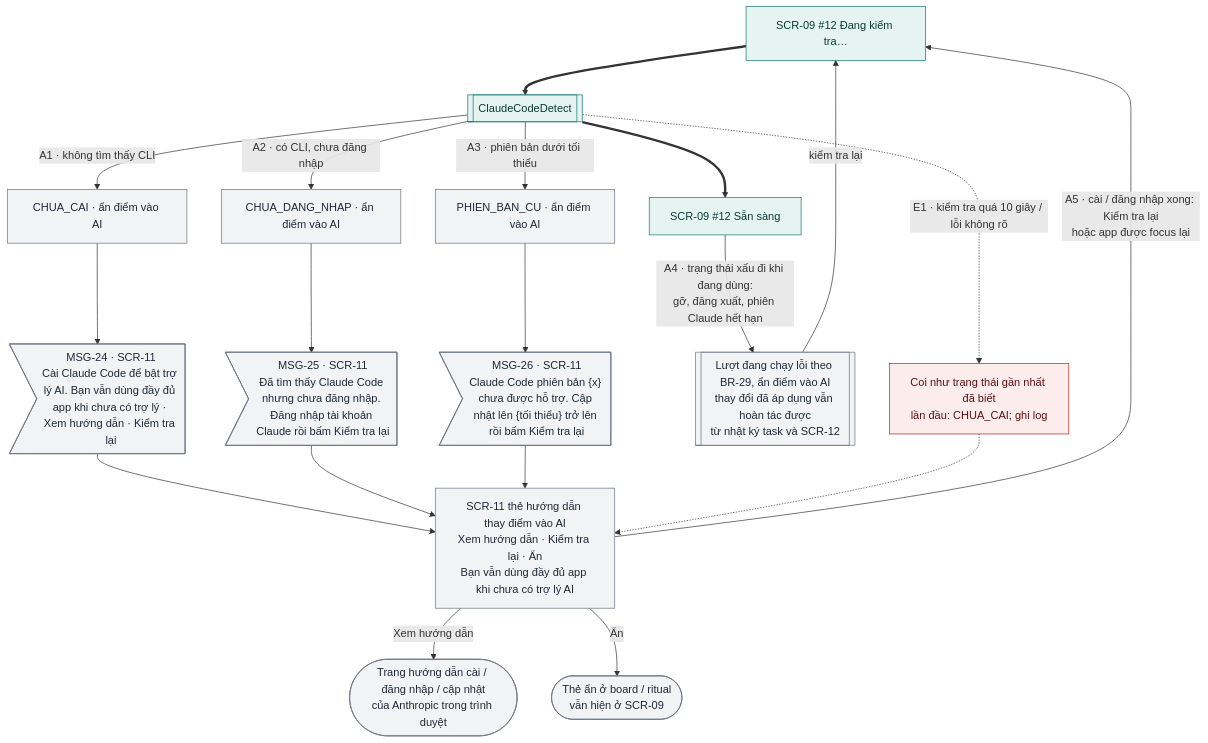
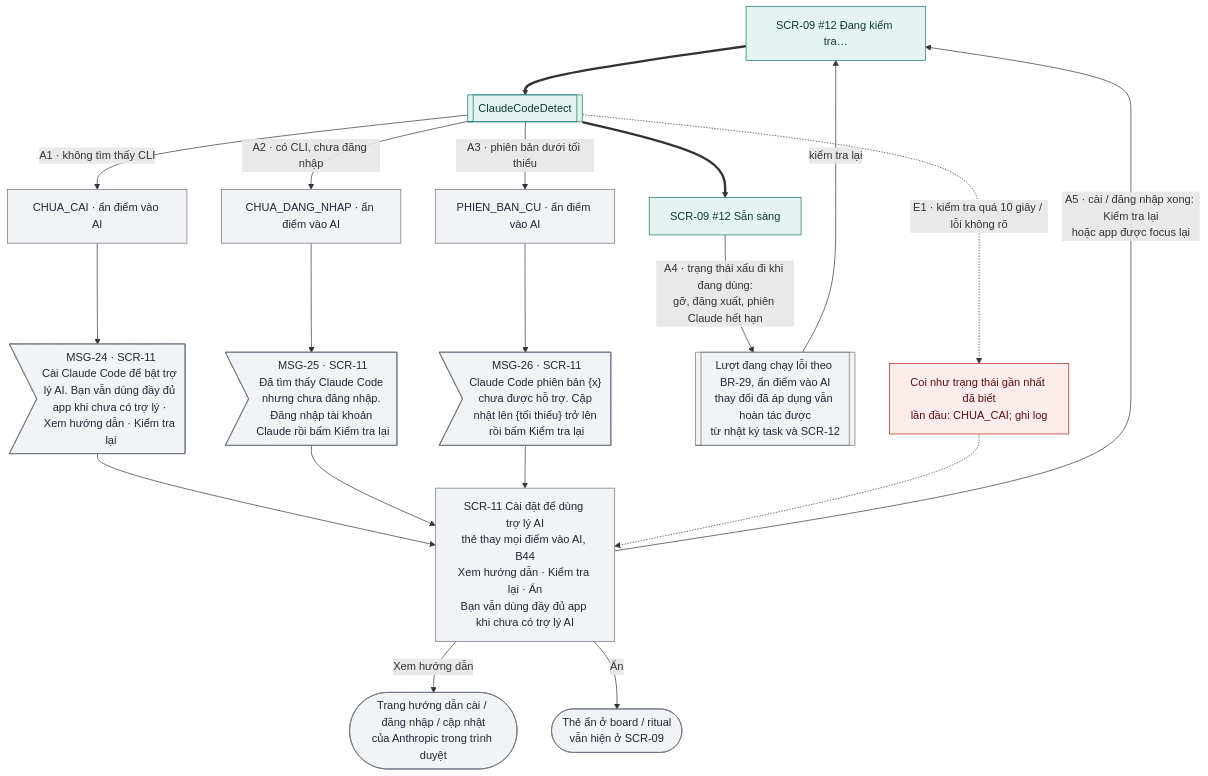
Diagram 25 of 29 in docs/design-brief/flow/g10-tro-ly-ai.md (tannguyenho/personal-app), drawn with Mermaid before and after one commit. The commit also changed other lines of this file and 6 other files, not shown here.

First line of the commit message:
docs(G01, G10): áp quyết định PO 09/11 vào SRS, PRD, flow; IA trỏ mã mới

````diff
--- a/docs/design-brief/flow/g10-tro-ly-ai.md
+++ b/docs/design-brief/flow/g10-tro-ly-ai.md
@@ -1074,38 +1132,38 @@
 ```mermaid
 flowchart TD
   s1["SCR-09 #12 Đang kiểm tra…"]
   p1[["ClaudeCodeDetect"]]
   s2["SCR-09 #12 Sẵn sàng"]
   s1 ==> p1 ==> s2
 
   p1 -->|"A1 · không tìm thấy CLI"| a1["CHUA_CAI · ẩn điểm vào AI"]
   a1 --> a1m>"MSG-24 · SCR-11<br/>Cài Claude Code để bật trợ lý AI. Bạn vẫn dùng đầy đủ app khi chưa có trợ lý · Xem hướng dẫn · Kiểm tra lại"]
   p1 -->|"A2 · có CLI, chưa đăng nhập"| a2["CHUA_DANG_NHAP · ẩn điểm vào AI"]
   a2 --> a2m>"MSG-25 · SCR-11<br/>Đã tìm thấy Claude Code nhưng chưa đăng nhập. Đăng nhập tài khoản Claude rồi bấm Kiểm tra lại"]
   p1 -->|"A3 · phiên bản dưới tối thiểu"| a3["PHIEN_BAN_CU · ẩn điểm vào AI"]
   a3 --> a3m>"MSG-26 · SCR-11<br/>Claude Code phiên bản {x} chưa được hỗ trợ. Cập nhật lên {tối thiểu} trở lên rồi bấm Kiểm tra lại"]
-  a1m --> s11["SCR-11 thẻ hướng dẫn thay điểm vào AI<br/>Xem hướng dẫn · Kiểm tra lại · Ẩn<br/>Bạn vẫn dùng đầy đủ app khi chưa có trợ lý AI"]
+  a1m --> s11["SCR-11 Cài đặt để dùng trợ lý AI<br/>thẻ thay mọi điểm vào AI, B44<br/>Xem hướng dẫn · Kiểm tra lại · Ẩn<br/>Bạn vẫn dùng đầy đủ app khi chưa có trợ lý AI"]
   a2m --> s11
   a3m --> s11
   s11 -->|"Xem hướng dẫn"| g1(["Trang hướng dẫn cài / đăng nhập / cập nhật<br/>của Anthropic trong trình duyệt"])
   s11 -->|"Ẩn"| h1(["Thẻ ẩn ở board / ritual<br/>vẫn hiện ở SCR-09"])
   s11 -->|"A5 · cài / đăng nhập xong: Kiểm tra lại<br/>hoặc app được focus lại"| s1
   s2 -->|"A4 · trạng thái xấu đi khi đang dùng:<br/>gỡ, đăng xuất, phiên Claude hết hạn"| a4[["Lượt đang chạy lỗi theo BR-29, ẩn điểm vào AI<br/>thay đổi đã áp dụng vẫn hoàn tác được<br/>từ nhật ký task và SCR-12"]]
   a4 -->|"kiểm tra lại"| s1
 
   p1 -.->|"E1 · kiểm tra quá 10 giây / lỗi không rõ"| e1["Coi như trạng thái gần nhất đã biết<br/>lần đầu: CHUA_CAI; ghi log"]
   e1 -.-> s11
 
   class s1,p1,s2 happy
   class a1,a2,a3,a1m,a2m,a3m,s11,g1,h1,a4 alt
   class e1 err
   classDef happy fill:#E6F4F1,stroke:#0F766E,color:#0B3B36
   classDef alt fill:#F1F3F5,stroke:#6B7280,color:#1F2937
   classDef err fill:#FDECEC,stroke:#B42318,color:#5C1010
   classDef warn fill:#FEF4E2,stroke:#B45309,color:#4A2604
   classDef ai fill:#F1ECFD,stroke:#6D28D9,color:#2E1065
   classDef sync fill:#FFFFFF,stroke:#6B7280,stroke-dasharray:4 3,color:#1F2937
   classDef link fill:#FFFFFF,stroke:#0F766E,stroke-dasharray:4 3,color:#0B3B36
   classDef done fill:#E6F4F1,stroke:#0F766E,stroke-width:3px,color:#0B3B36
   classDef fail fill:#FDECEC,stroke:#B42318,stroke-width:3px,color:#5C1010
 ```
````
